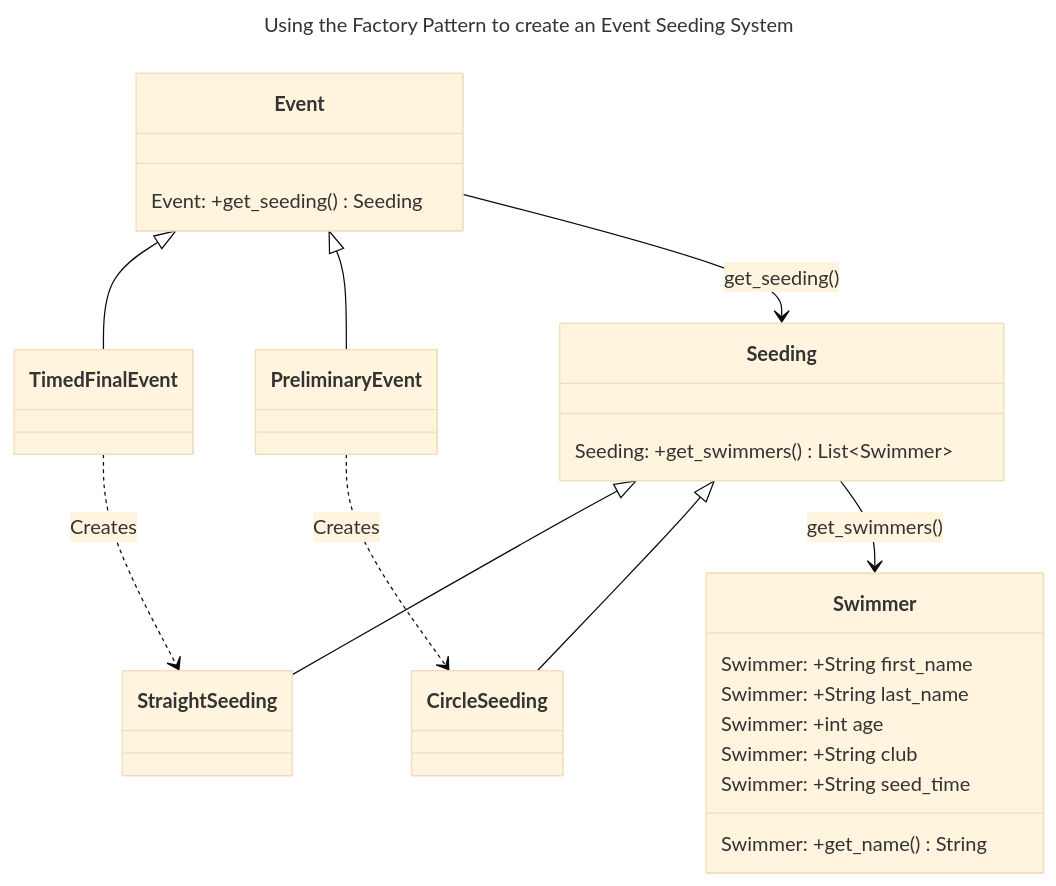
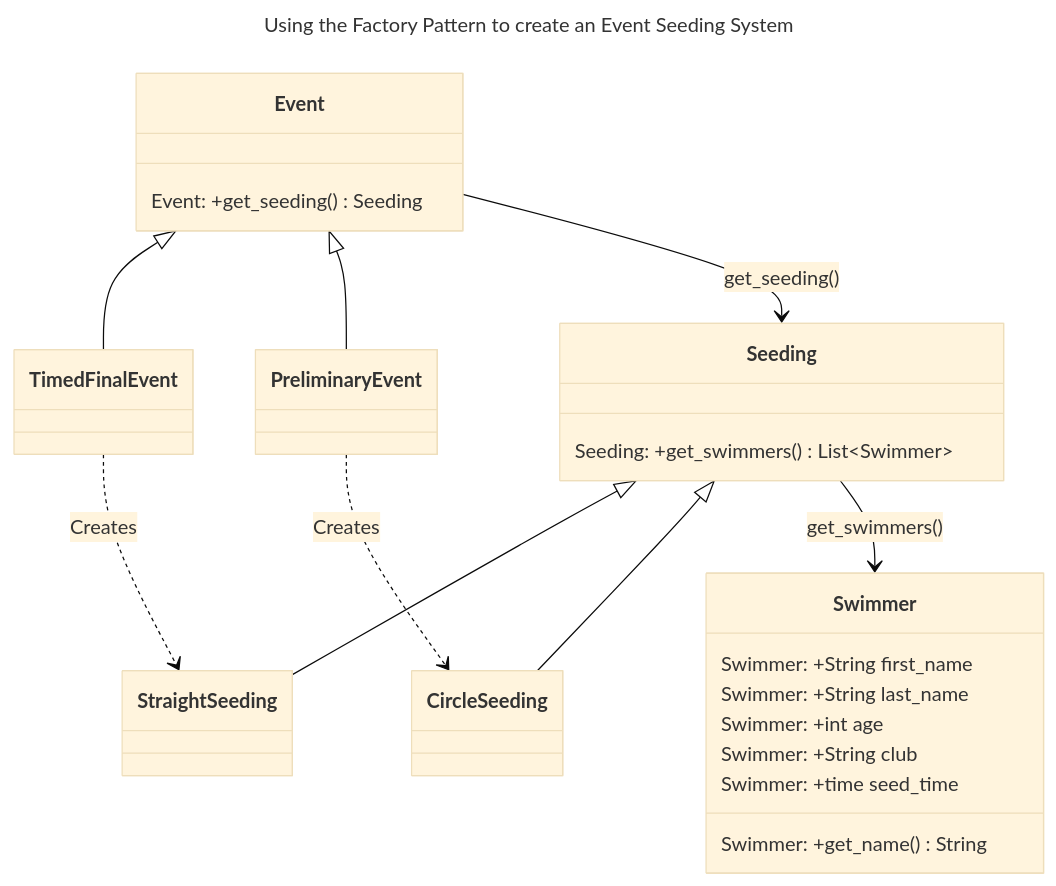
One commit to flempriere/design-patterns-with-python changed the diagram in II-Creational-Patterns/chapter-06/chapter-06.qmd. Above: the diagram before and after it, drawn with Mermaid (base theme). The commit also changed other lines of this file and 4 other files, not shown here.

````diff
--- a/II-Creational-Patterns/chapter-06/chapter-06.qmd
+++ b/II-Creational-Patterns/chapter-06/chapter-06.qmd
@@ -35,44 +35,44 @@
 ```{mermaid}
 ---
 title: Using the Factory Pattern to create an Event Seeding System
 ---
 classDiagram
 
     class Event {
         Event: +get_seeding() Seeding
     }
 
     class TimedFinalEvent
 
     class PreliminaryEvent
 
     Event <|-- TimedFinalEvent
     Event <|-- PreliminaryEvent
 
     class Seeding {
         Seeding: +get_swimmers() List~Swimmer~
     }
 
     class StraightSeeding
 
     class CircleSeeding
 
     Seeding <|-- StraightSeeding
     Seeding <|-- CircleSeeding
 
     Event --> Seeding : get_seeding()
     TimedFinalEvent ..> StraightSeeding : Creates
     PreliminaryEvent ..> CircleSeeding : Creates
 
     class Swimmer {
         Swimmer: +String first_name
         Swimmer: +String last_name
         Swimmer: +int age
         Swimmer: +String club
-        Swimmer: +String seed_time
+        Swimmer: +time seed_time
 
         Swimmer: +get_name() String
     }
 
     Seeding --> Swimmer : get_swimmers()
 ```
````
